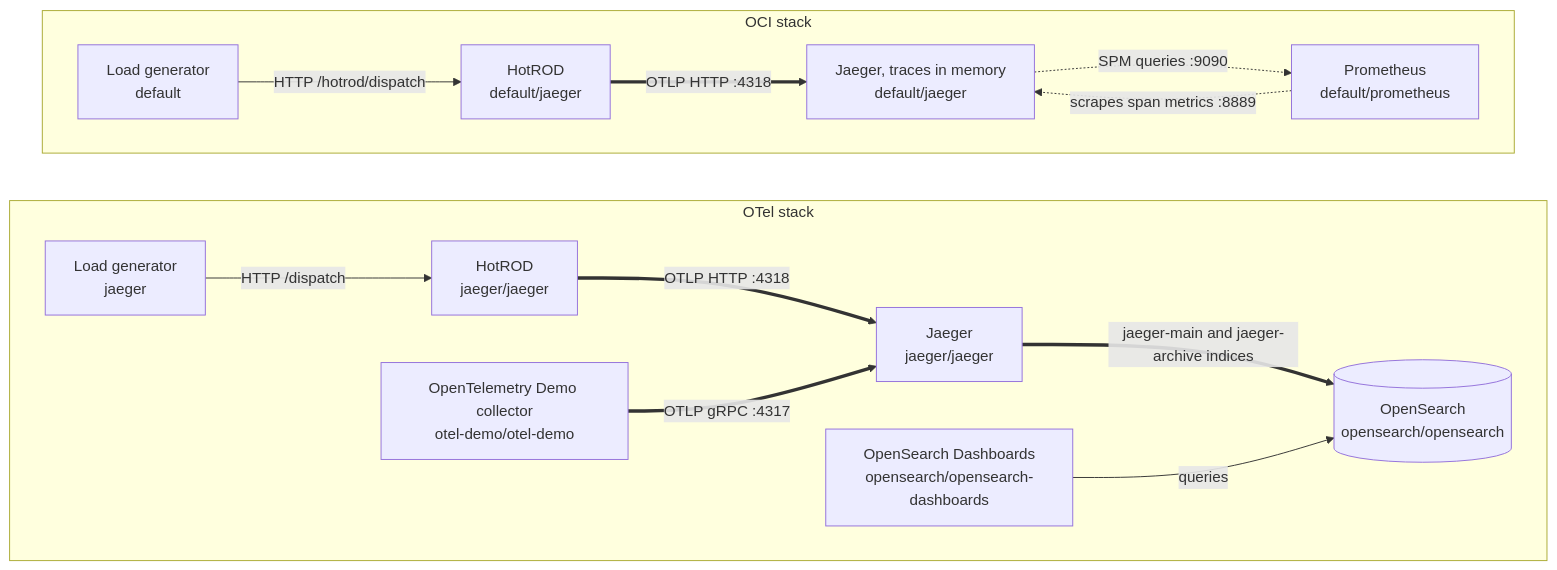
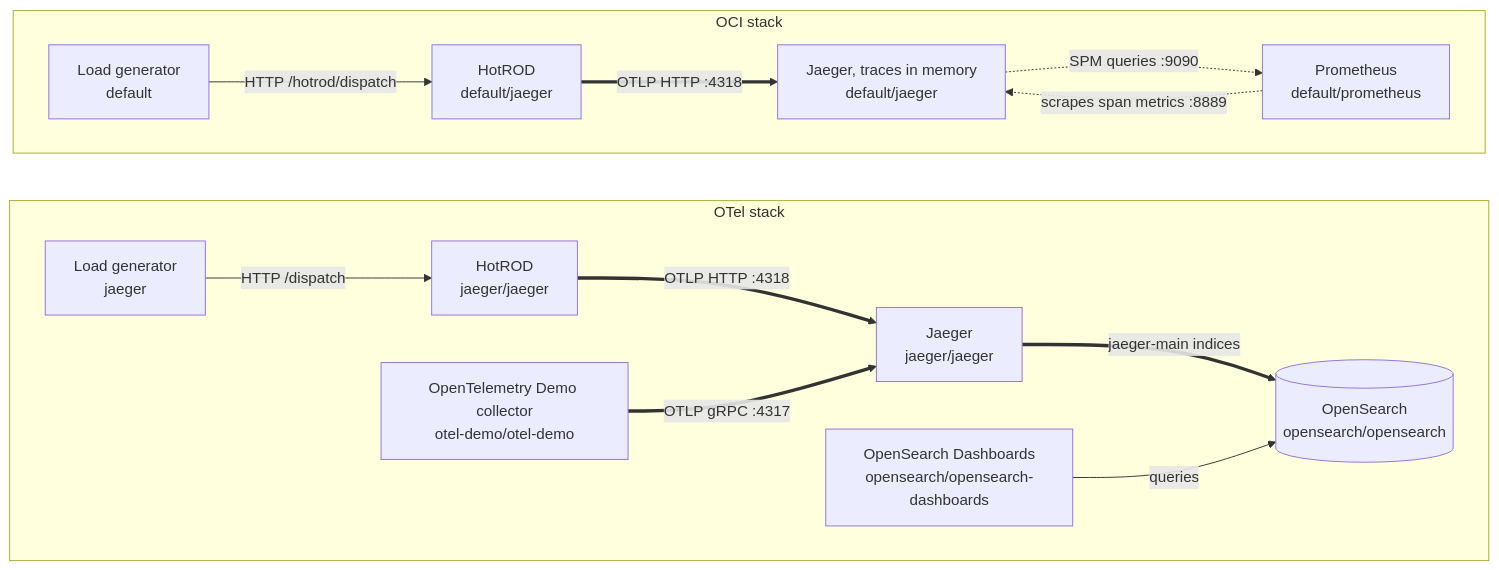
The second of 3 diagrams in README.md (DsThakurRawat/jaeger-demo), drawn with Mermaid before and after one commit. The commit also changed other lines of this file and 1 other file, not shown here.

First line of the commit message:
docs(executor): Correct trace export and daily sequence order

````diff
--- a/README.md
+++ b/README.md
@@ -97,31 +97,31 @@
 ```mermaid
 flowchart TB
     subgraph oci["OCI stack"]
         direction LR
         oci_gen["Load generator<br/>default"]
         oci_hotrod["HotROD<br/>default/jaeger"]
         oci_jaeger["Jaeger, traces in memory<br/>default/jaeger"]
         prometheus["Prometheus<br/>default/prometheus"]
         oci_gen -- "HTTP /hotrod/dispatch" --> oci_hotrod
         oci_hotrod == "OTLP HTTP :4318" ==> oci_jaeger
         prometheus -. "scrapes span metrics :8889" .-> oci_jaeger
         oci_jaeger -. "SPM queries :9090" .-> prometheus
     end
 
     subgraph otel["OTel stack"]
         direction LR
         otel_gen["Load generator<br/>jaeger"]
         otel_hotrod["HotROD<br/>jaeger/jaeger"]
         shop["OpenTelemetry Demo collector<br/>otel-demo/otel-demo"]
         otel_jaeger["Jaeger<br/>jaeger/jaeger"]
         opensearch[("OpenSearch<br/>opensearch/opensearch")]
         dashboards["OpenSearch Dashboards<br/>opensearch/opensearch-dashboards"]
         otel_gen -- "HTTP /dispatch" --> otel_hotrod
         otel_hotrod == "OTLP HTTP :4318" ==> otel_jaeger
         shop == "OTLP gRPC :4317" ==> otel_jaeger
-        otel_jaeger == "jaeger-main and jaeger-archive indices" ==> opensearch
+        otel_jaeger == "jaeger-main indices" ==> opensearch
         dashboards -- "queries" --> opensearch
     end
 
     oci ~~~ otel
 ```
````
